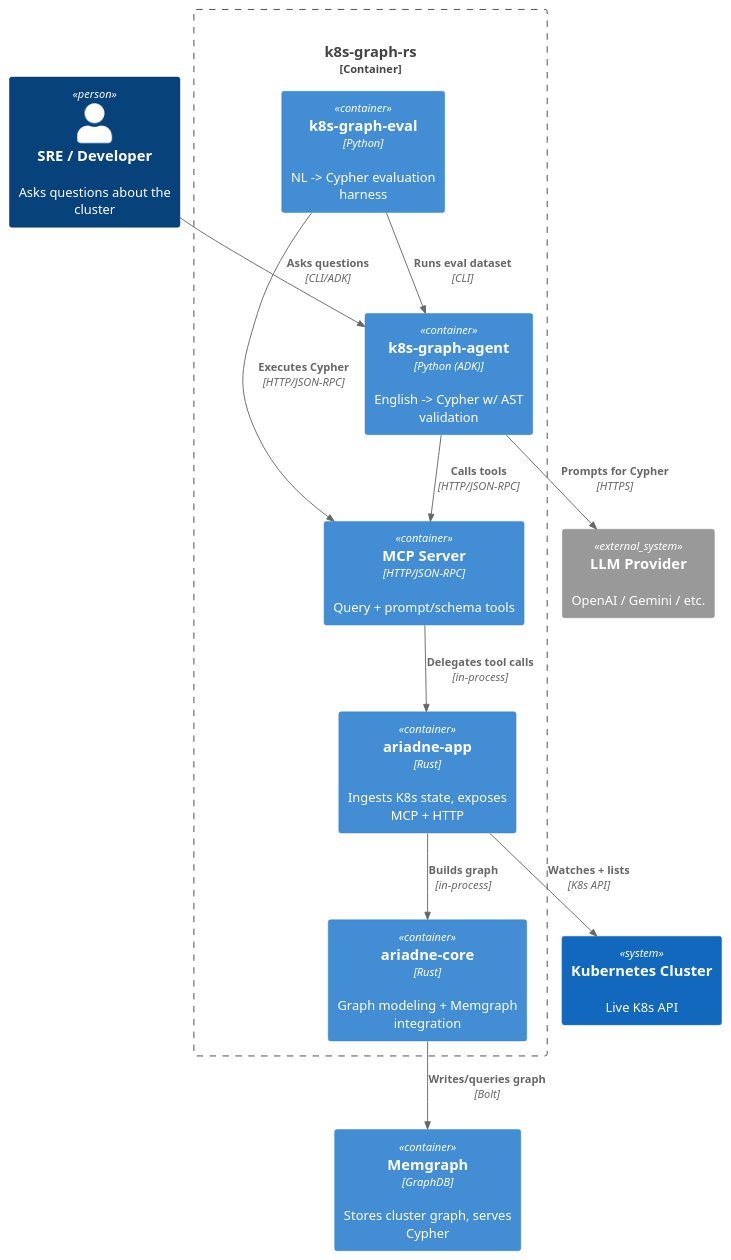
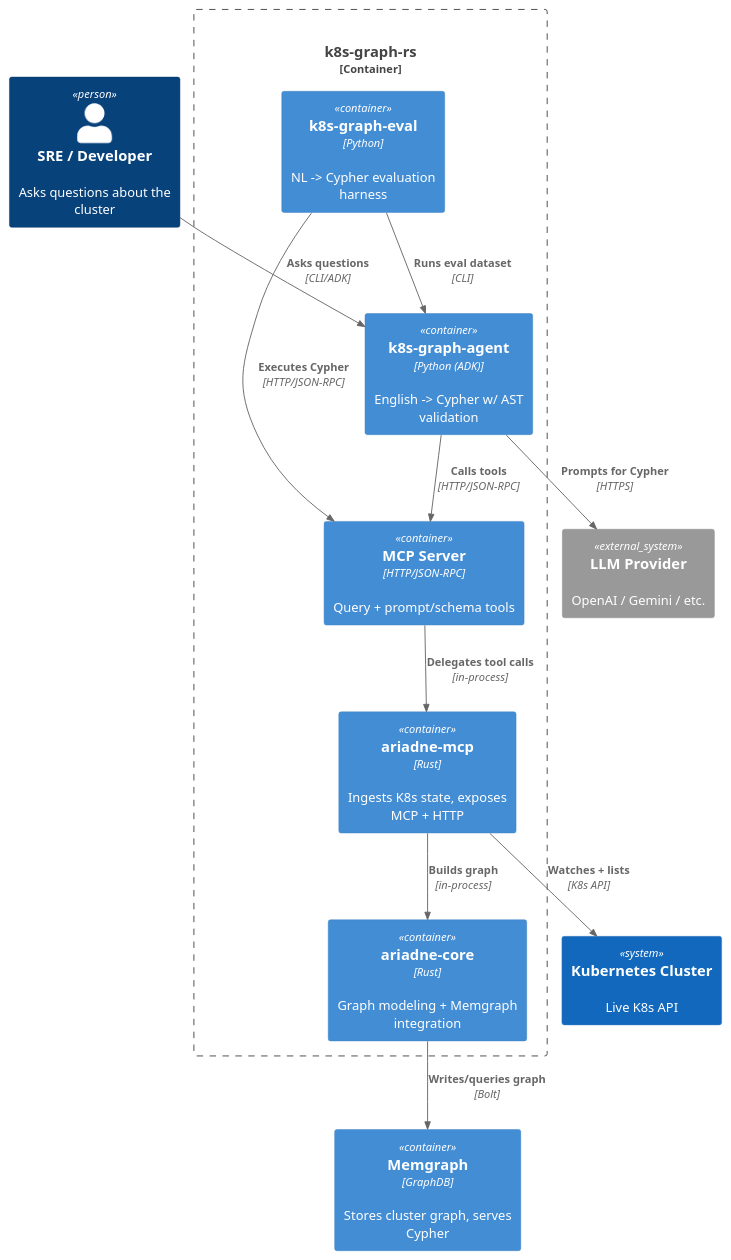
One commit to REASY/k8s-ariadne-rs changed the diagram in docs/diagrams/c4/component.puml. Above: the diagram before and after it, drawn with PlantUML. The commit also changed 15 other files, not shown here.

Commit message:
chore: rename ariadne-app to ariadne-mcp

```diff
--- a/docs/diagrams/c4/component.puml
+++ b/docs/diagrams/c4/component.puml
@@ -1,30 +1,30 @@
 @startuml
 !include <C4/C4>
 !include <C4/C4_Context>
 !include <C4/C4_Container>
 !include <C4/C4_Component>
 
 Person(sre, "SRE / Developer", "Asks questions about the cluster")
 System(k8s, "Kubernetes Cluster", "Live K8s API")
 System_Ext(llm, "LLM Provider", "OpenAI / Gemini / etc.")
 
 Container_Boundary(ariadne, "k8s-graph-rs") {
-  Container(rust_app, "ariadne-app", "Rust", "Ingests K8s state, exposes MCP + HTTP")
+  Container(rust_app, "ariadne-mcp", "Rust", "Ingests K8s state, exposes MCP + HTTP")
   Container(rust_core, "ariadne-core", "Rust", "Graph modeling + Memgraph integration")
   Container(mcp, "MCP Server", "HTTP/JSON-RPC", "Query + prompt/schema tools")
   Container(py_agent, "k8s-graph-agent", "Python (ADK)", "English -> Cypher w/ AST validation")
   Container(eval, "k8s-graph-eval", "Python", "NL -> Cypher evaluation harness")
 }
 
 Container(memgraph, "Memgraph", "GraphDB", "Stores cluster graph, serves Cypher")
 
 Rel(sre, py_agent, "Asks questions", "CLI/ADK")
 Rel(py_agent, llm, "Prompts for Cypher", "HTTPS")
 Rel(py_agent, mcp, "Calls tools", "HTTP/JSON-RPC")
 Rel(mcp, rust_app, "Delegates tool calls", "in-process")
 Rel(rust_app, rust_core, "Builds graph", "in-process")
 Rel(rust_core, memgraph, "Writes/queries graph", "Bolt")
 Rel(rust_app, k8s, "Watches + lists", "K8s API")
 Rel(eval, py_agent, "Runs eval dataset", "CLI")
 Rel(eval, mcp, "Executes Cypher", "HTTP/JSON-RPC")
 @enduml
```
